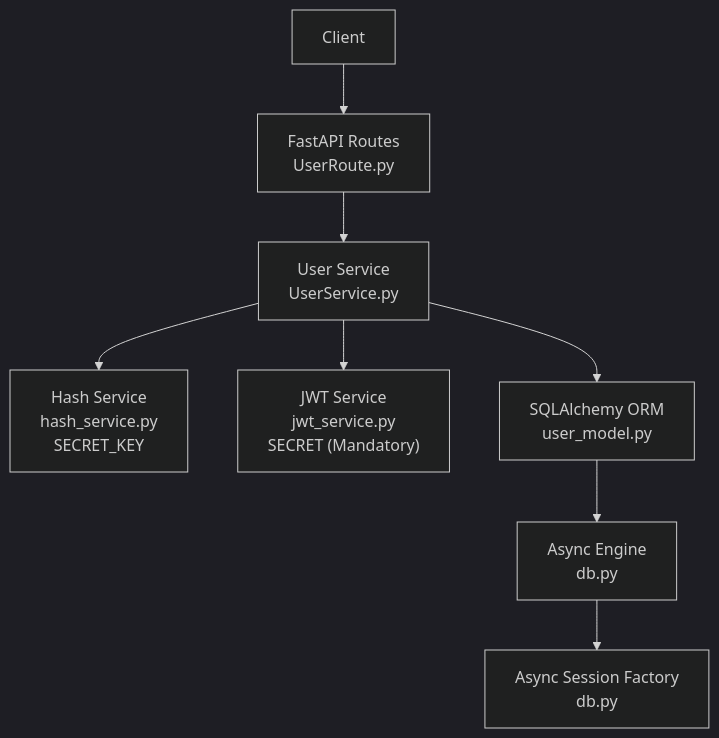
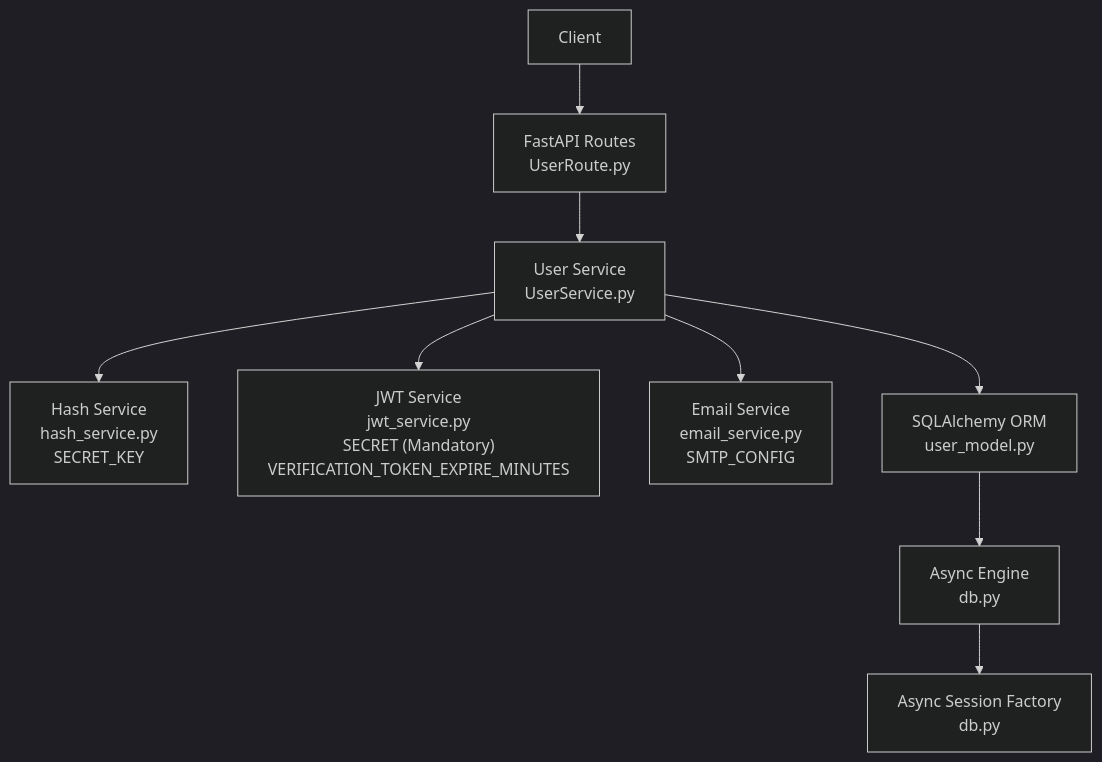
The second of 13 diagrams in .qoder/repowiki/en/content/Core Concepts/User Authentication System.md (srikant-panda/auth-service), drawn with Mermaid (dark theme) before and after one commit. The commit also changed other lines of this file and 11 other files, not shown here.

````diff
--- a/.qoder/repowiki/en/content/Core Concepts/User Authentication System.md
+++ b/.qoder/repowiki/en/content/Core Concepts/User Authentication System.md
@@ -145,18 +162,20 @@
 ```mermaid
 graph TB
 Client["Client"]
 API["FastAPI Routes<br/>UserRoute.py"]
 Service["User Service<br/>UserService.py"]
 Hash["Hash Service<br/>hash_service.py<br/>SECRET_KEY"]
-JWT["JWT Service<br/>jwt_service.py<br/>SECRET (Mandatory)"]
+JWT["JWT Service<br/>jwt_service.py<br/>SECRET (Mandatory)<br/>VERIFICATION_TOKEN_EXPIRE_MINUTES"]
+Email["Email Service<br/>email_service.py<br/>SMTP_CONFIG"]
 DB["SQLAlchemy ORM<br/>user_model.py"]
 Engine["Async Engine<br/>db.py"]
 Session["Async Session Factory<br/>db.py"]
 Client --> API
 API --> Service
 Service --> Hash
 Service --> JWT
+Service --> Email
 Service --> DB
 DB --> Engine
 Engine --> Session
 ```
````
